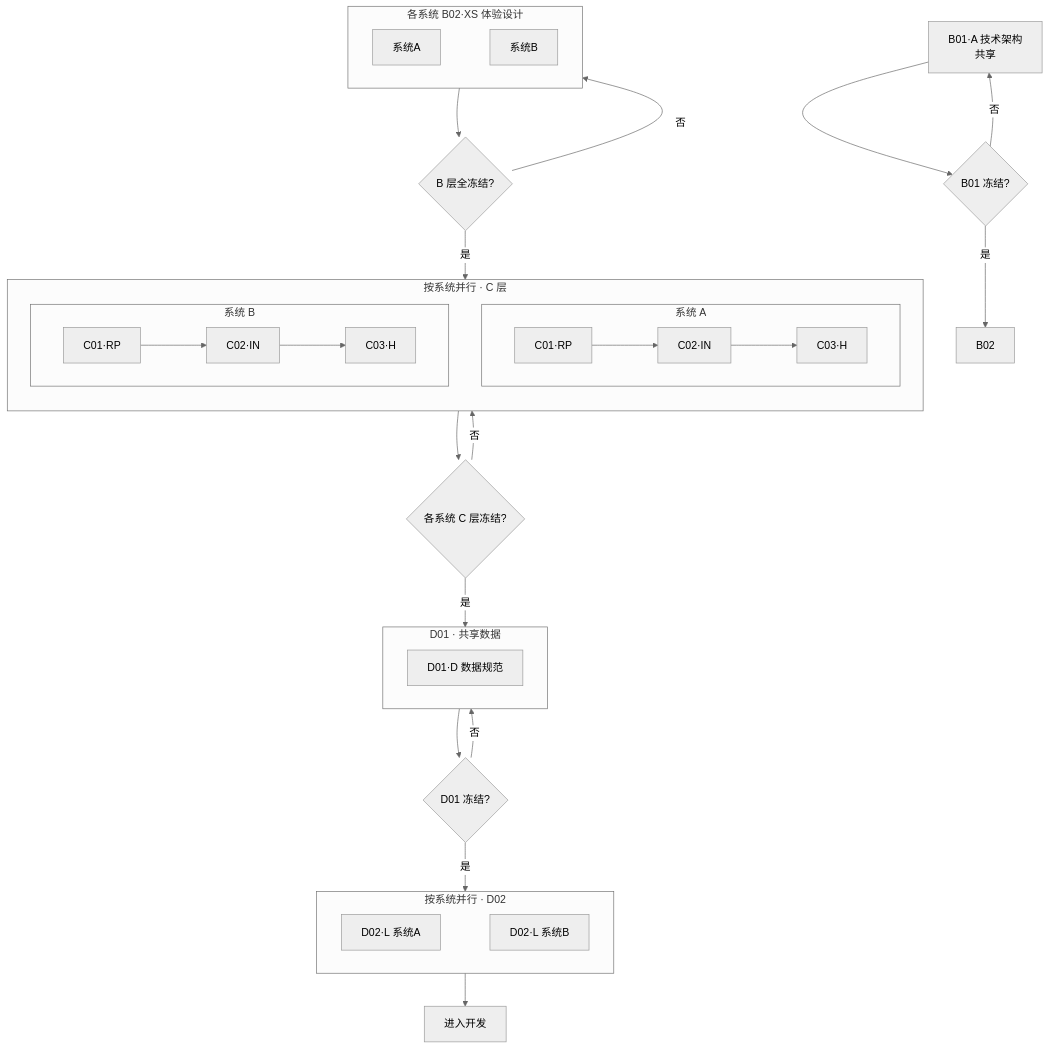
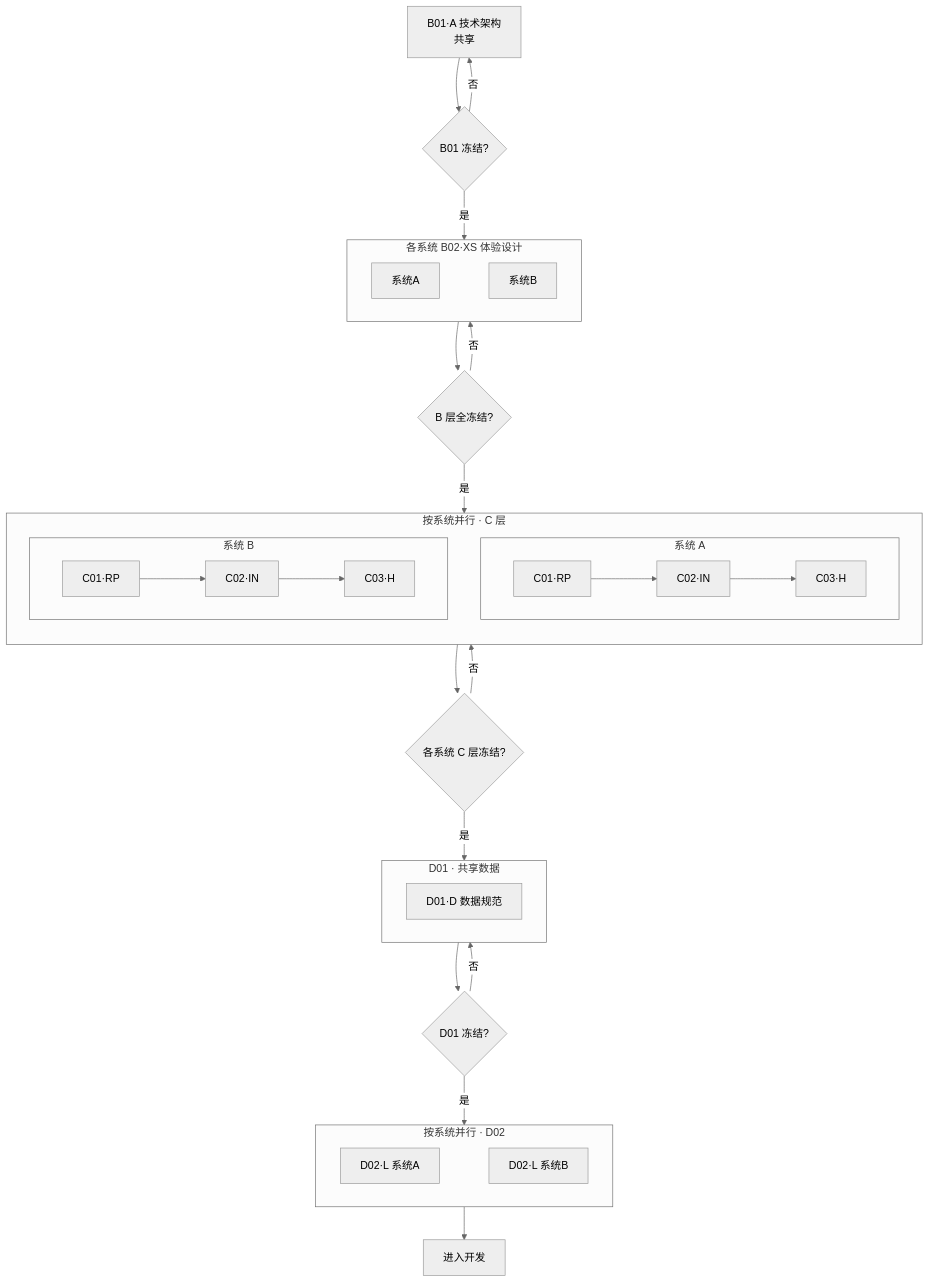
Before and after one commit to foryou2026/chinese: the diagram in prompt/A-framework/A00-02-工作流.md, drawn with Mermaid (neutral theme). The commit also changed 7 other files, not shown here.

````diff
--- a/prompt/A-framework/A00-02-工作流.md
+++ b/prompt/A-framework/A00-02-工作流.md
@@ -7,46 +7,46 @@
 ```mermaid
 flowchart TB
   B01[B01·A 技术架构<br/>共享] --> BG1{B01 冻结?}
   BG1 -->|否| B01
-  BG1 -->|是| B02
+  BG1 -->|是| B02_LAYER
 
   subgraph B02_LAYER[各系统 B02·XS 体验设计]
     direction LR
     B02_A[系统A] ~~~ B02_B[系统B]
   end
 
   B02_LAYER --> BG2{B 层全冻结?}
   BG2 -->|否| B02_LAYER
   BG2 -->|是| SYSTEM_C
 
   subgraph SYSTEM_C[按系统并行 · C 层]
     direction TB
     subgraph SYS_A[系统 A]
       direction LR
       RP_A[C01·RP] --> IN_A[C02·IN] --> H_A[C03·H]
     end
     subgraph SYS_B[系统 B]
       direction LR
       RP_B[C01·RP] --> IN_B[C02·IN] --> H_B[C03·H]
     end
   end
 
   SYSTEM_C --> CG{各系统 C 层冻结?}
   CG -->|否| SYSTEM_C
   CG -->|是| SHARED_D
 
   subgraph SHARED_D[D01 · 共享数据]
     D[D01·D 数据规范]
   end
 
   SHARED_D --> DG{D01 冻结?}
   DG -->|否| SHARED_D
   DG -->|是| SYSTEM_D
 
   subgraph SYSTEM_D[按系统并行 · D02]
     direction LR
     L_A[D02·L 系统A] ~~~ L_B[D02·L 系统B]
   end
 
   SYSTEM_D --> DEV[进入开发]
 ```
````
